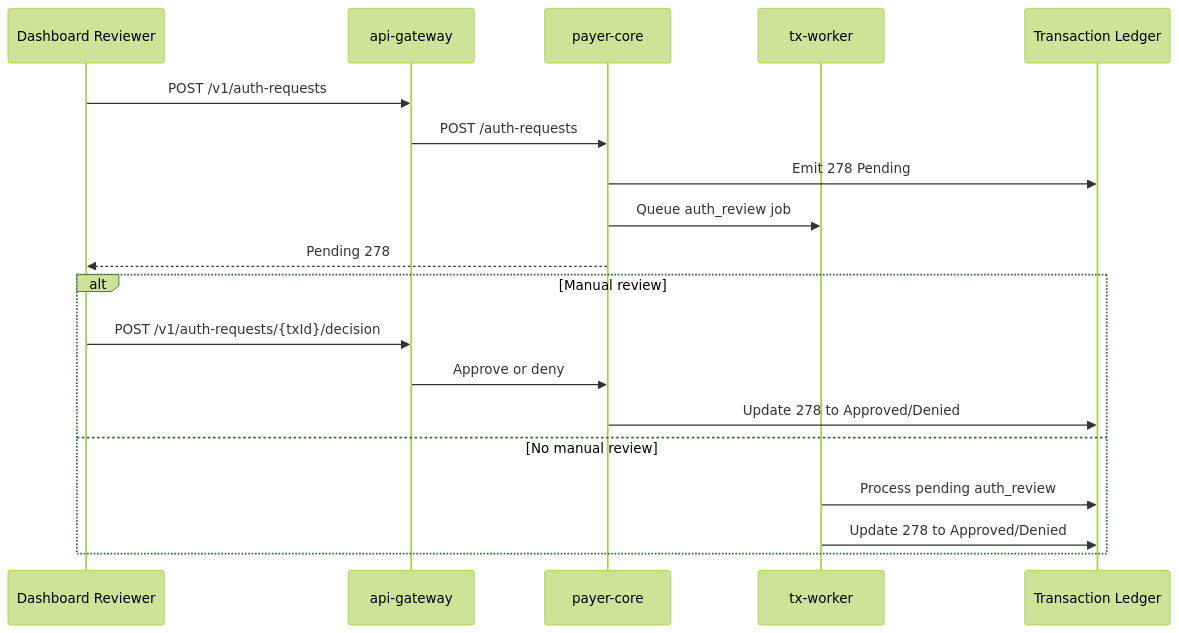
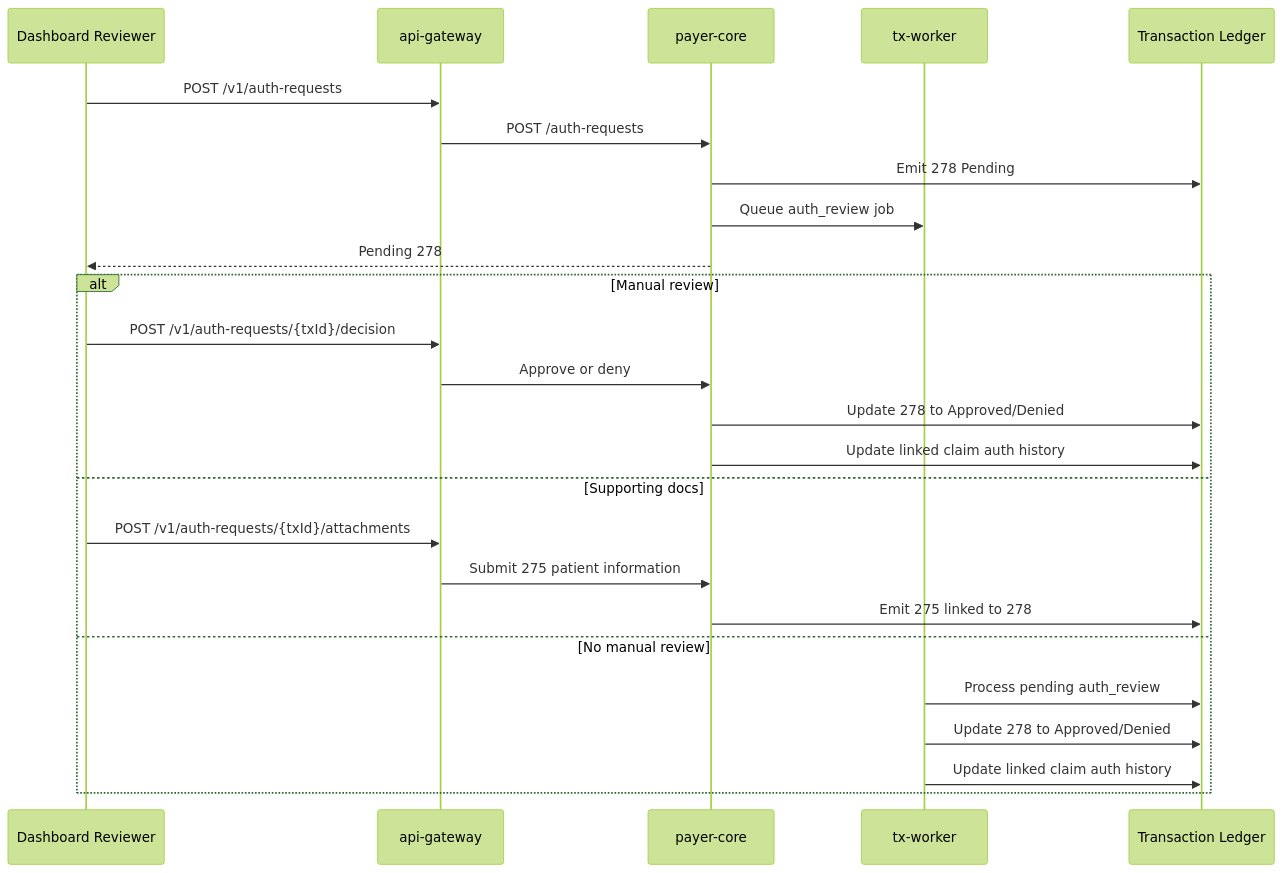
One commit to orieken/adventure-society-health-network changed the fifth of 17 diagrams in docs/supported-workflows.md. Above: the diagram before and after it, drawn with Mermaid (forest theme). The commit also changed other lines of this file and 21 other files, not shown here.

````diff
--- a/docs/supported-workflows.md
+++ b/docs/supported-workflows.md
@@ -106,23 +106,29 @@
 ```mermaid
 sequenceDiagram
     participant Reviewer as Dashboard Reviewer
     participant Gateway as api-gateway
     participant Payer as payer-core
     participant Worker as tx-worker
     participant Ledger as Transaction Ledger
 
     Reviewer->>Gateway: POST /v1/auth-requests
     Gateway->>Payer: POST /auth-requests
     Payer->>Ledger: Emit 278 Pending
     Payer->>Worker: Queue auth_review job
     Payer-->>Reviewer: Pending 278
 
     alt Manual review
         Reviewer->>Gateway: POST /v1/auth-requests/{txId}/decision
         Gateway->>Payer: Approve or deny
         Payer->>Ledger: Update 278 to Approved/Denied
+        Payer->>Ledger: Update linked claim auth history
+    else Supporting docs
+        Reviewer->>Gateway: POST /v1/auth-requests/{txId}/attachments
+        Gateway->>Payer: Submit 275 patient information
+        Payer->>Ledger: Emit 275 linked to 278
     else No manual review
         Worker->>Ledger: Process pending auth_review
         Worker->>Ledger: Update 278 to Approved/Denied
+        Worker->>Ledger: Update linked claim auth history
     end
 ```
````
